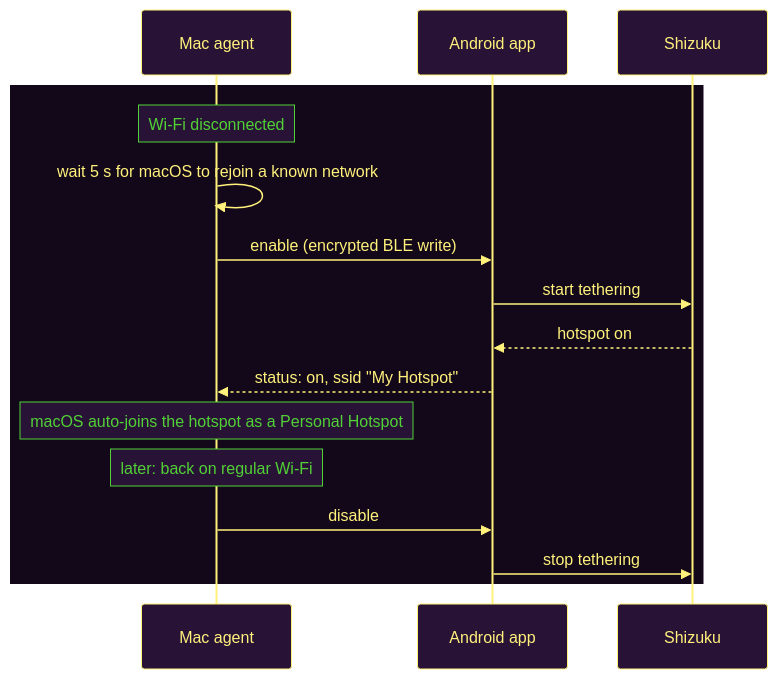
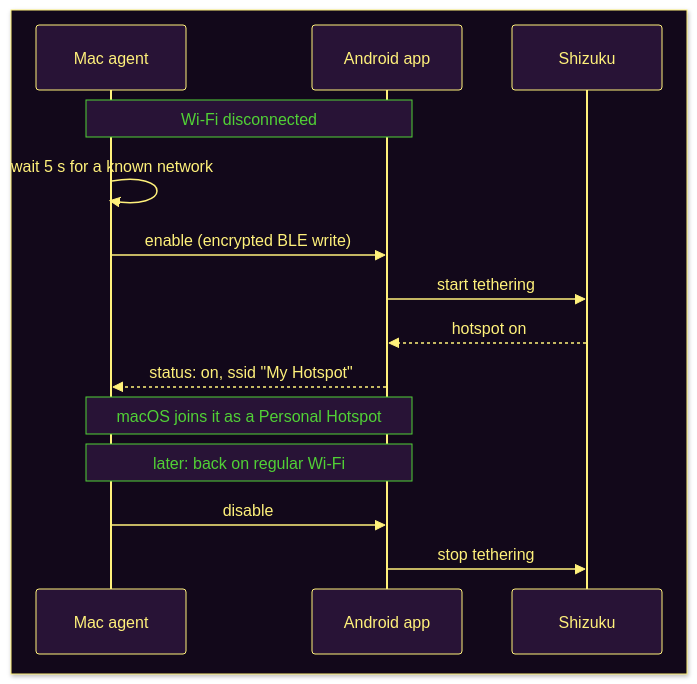
Before and after one commit to xav-ie/Tetherbug: the first of 2 diagrams in README.md, drawn with Mermaid.

Commit message:
docs: give the Wi-Fi drop diagram a full purple background
Boxes all participants instead of only the messages, and fits the notes inside that box.

````diff
--- a/README.md
+++ b/README.md
@@ -31,19 +31,19 @@
 ```mermaid
 %%{init: {'theme': 'base', 'themeVariables': {'fontFamily': 'Helvetica, Arial, sans-serif', 'primaryColor': '#281336', 'primaryTextColor': '#fff17b', 'primaryBorderColor': '#fff17b', 'lineColor': '#fff17b', 'textColor': '#fff17b', 'clusterBkg': '#12081a', 'clusterBorder': '#51d136', 'titleColor': '#51d136', 'edgeLabelBackground': '#12081a', 'actorBkg': '#281336', 'actorBorder': '#fff17b', 'actorTextColor': '#fff17b', 'actorLineColor': '#fff17b', 'signalColor': '#fff17b', 'signalTextColor': '#fff17b', 'noteBkgColor': '#281336', 'noteTextColor': '#51d136', 'noteBorderColor': '#51d136'}}}%%
 sequenceDiagram
+    box rgb(18, 8, 26)
     participant Mac as Mac agent
     participant Phone as Android app
     participant Shizuku
-    rect rgb(18, 8, 26)
-        Note over Mac: Wi-Fi disconnected
-        Mac->>Mac: wait 5 s for macOS to rejoin a known network
-        Mac->>Phone: enable (encrypted BLE write)
-        Phone->>Shizuku: start tethering
-        Shizuku-->>Phone: hotspot on
-        Phone-->>Mac: status: on, ssid "My Hotspot"
-        Note over Mac: macOS auto-joins the hotspot as a Personal Hotspot
-        Note over Mac: later: back on regular Wi-Fi
-        Mac->>Phone: disable
-        Phone->>Shizuku: stop tethering
     end
+    Note over Mac,Phone: Wi-Fi disconnected
+    Mac->>Mac: wait 5 s for a known network
+    Mac->>Phone: enable (encrypted BLE write)
+    Phone->>Shizuku: start tethering
+    Shizuku-->>Phone: hotspot on
+    Phone-->>Mac: status: on, ssid "My Hotspot"
+    Note over Mac,Phone: macOS joins it as a Personal Hotspot
+    Note over Mac,Phone: later: back on regular Wi-Fi
+    Mac->>Phone: disable
+    Phone->>Shizuku: stop tethering
 ```
````
